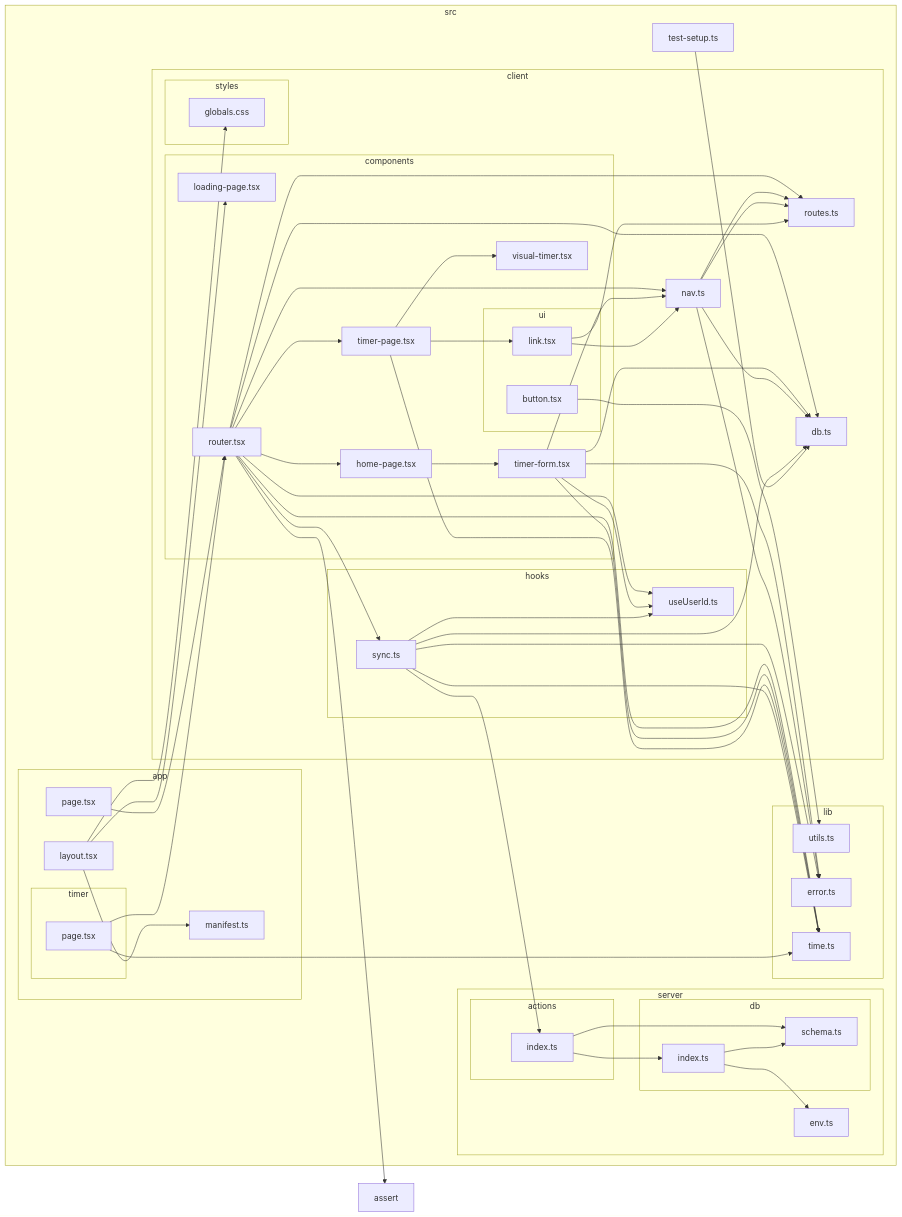
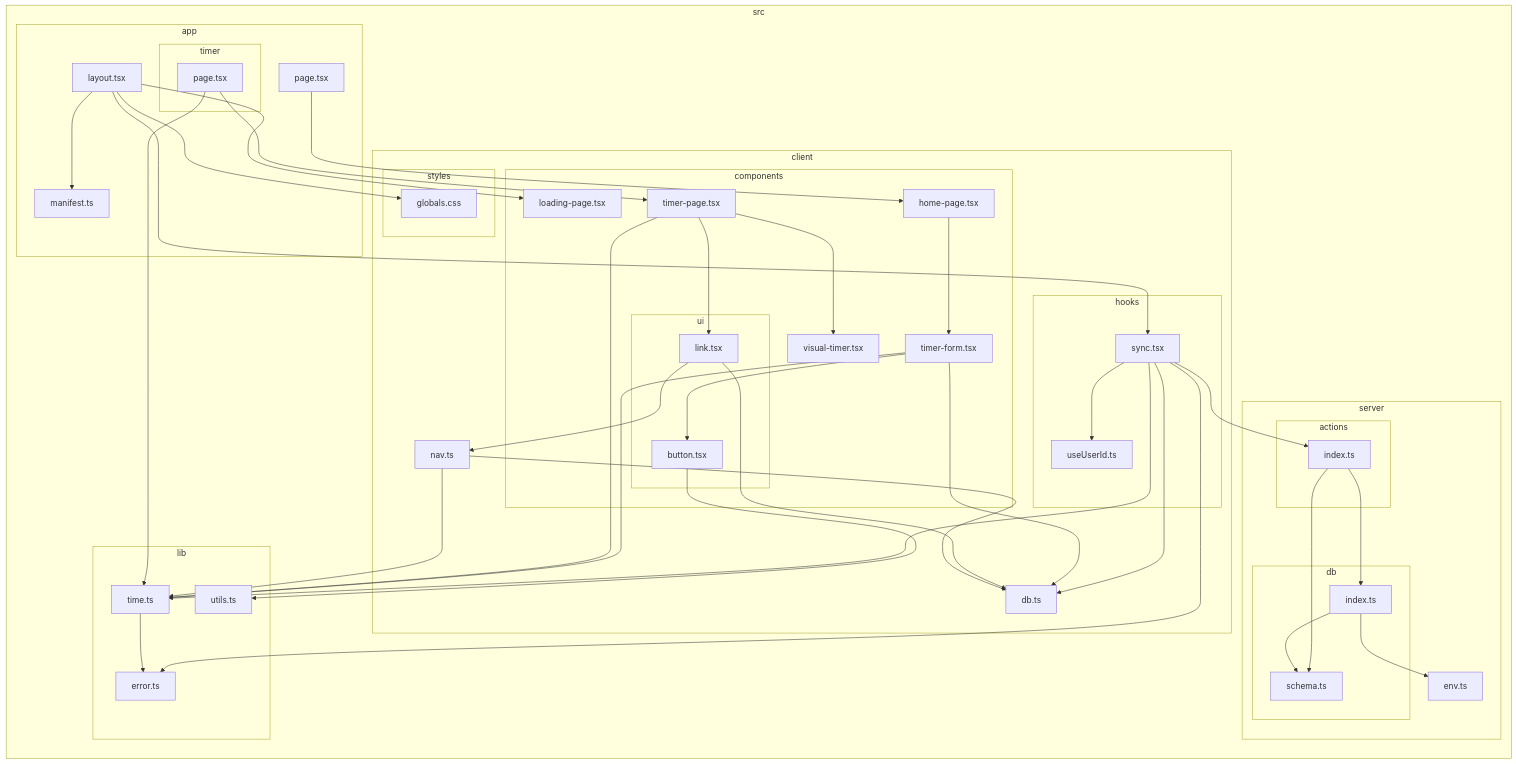
Before and after one commit to axolotl-logic/axolotl-time: the diagram in reports/dependency-graph.mmd, drawn with Mermaid. The commit also changed 1 other file, not shown here.

Commit message:
Commit from GitHub Actions (Dependency Sanity)

```diff
--- a/reports/dependency-graph.mmd
+++ b/reports/dependency-graph.mmd
@@ -1,94 +1,78 @@
 flowchart LR
 
 subgraph 0["src"]
 subgraph 1["app"]
 2["layout.tsx"]
 6["manifest.ts"]
-9["page.tsx"]
-subgraph Y["timer"]
-Z["page.tsx"]
+N["page.tsx"]
+subgraph T["timer"]
+U["page.tsx"]
 end
 end
 subgraph 3["client"]
 subgraph 4["styles"]
 5["globals.css"]
 end
 subgraph 7["components"]
 8["loading-page.tsx"]
-A["router.tsx"]
-C["home-page.tsx"]
-D["timer-form.tsx"]
-M["timer-page.tsx"]
-subgraph N["ui"]
-O["link.tsx"]
-10["button.tsx"]
+O["home-page.tsx"]
+P["timer-form.tsx"]
+subgraph Q["ui"]
+R["button.tsx"]
+W["link.tsx"]
 end
-P["visual-timer.tsx"]
+V["timer-page.tsx"]
+Y["visual-timer.tsx"]
 end
-E["nav.ts"]
-F["routes.ts"]
-G["db.ts"]
-subgraph J["hooks"]
-K["useUserId.ts"]
-Q["sync.ts"]
+subgraph 9["hooks"]
+A["sync.tsx"]
+B["useUserId.ts"]
+end
+C["db.ts"]
+X["nav.ts"]
+end
+subgraph D["lib"]
+E["error.ts"]
+F["time.ts"]
+S["utils.ts"]
+end
+subgraph G["server"]
+subgraph H["actions"]
+I["index.ts"]
+end
+subgraph J["db"]
+K["schema.ts"]
+L["index.ts"]
+end
+M["env.ts"]
 end
 end
-subgraph H["lib"]
-I["error.ts"]
-L["time.ts"]
-11["utils.ts"]
-end
-subgraph R["server"]
-subgraph S["actions"]
-T["index.ts"]
-end
-subgraph U["db"]
-V["schema.ts"]
-W["index.ts"]
-end
-X["env.ts"]
-end
-12["test-setup.ts"]
-end
-B["assert"]
 2-->6
 2-->8
+2-->A
 2-->5
-9-->A
+A-->B
 A-->C
-A-->M
-A-->G
-A-->Q
-A-->K
 A-->E
 A-->F
-A-->L
-A-->B
-C-->D
-D-->E
-D-->G
-D-->K
-D-->I
-D-->L
-E-->F
-E-->G
-E-->F
-E-->I
-M-->O
-M-->P
-M-->L
-O-->E
-O-->F
-Q-->K
-Q-->G
-Q-->I
-Q-->L
-Q-->T
-T-->V
-T-->W
-W-->V
+A-->I
+F-->E
+I-->K
+I-->L
+L-->K
+L-->M
+N-->O
+O-->P
+P-->R
+P-->C
+P-->F
+R-->S
+U-->V
+U-->F
+V-->W
+V-->Y
+V-->F
+W-->C
 W-->X
-Z-->A
-Z-->L
-10-->11
-12-->G
+X-->C
+X-->F
```
